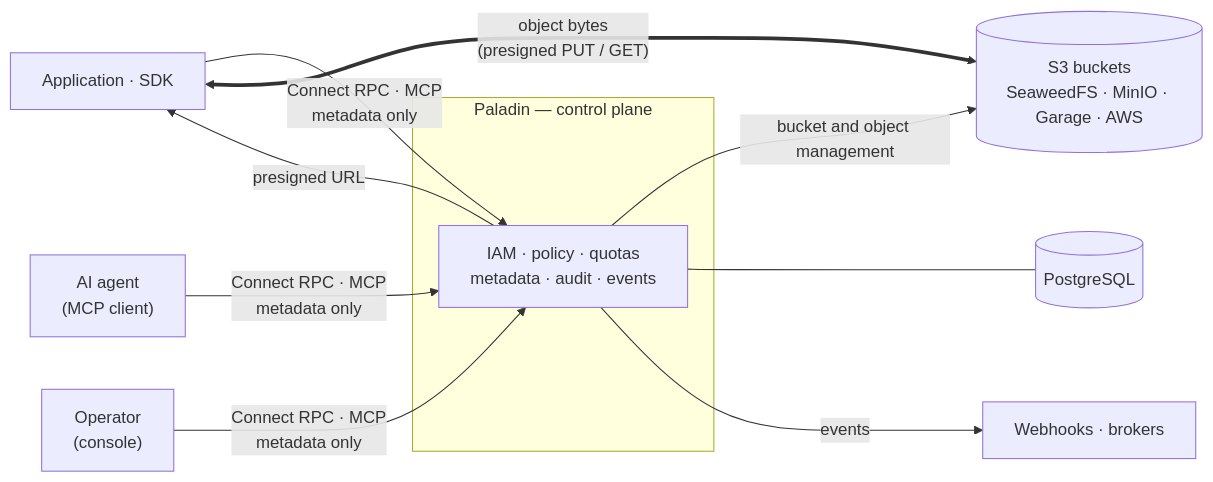
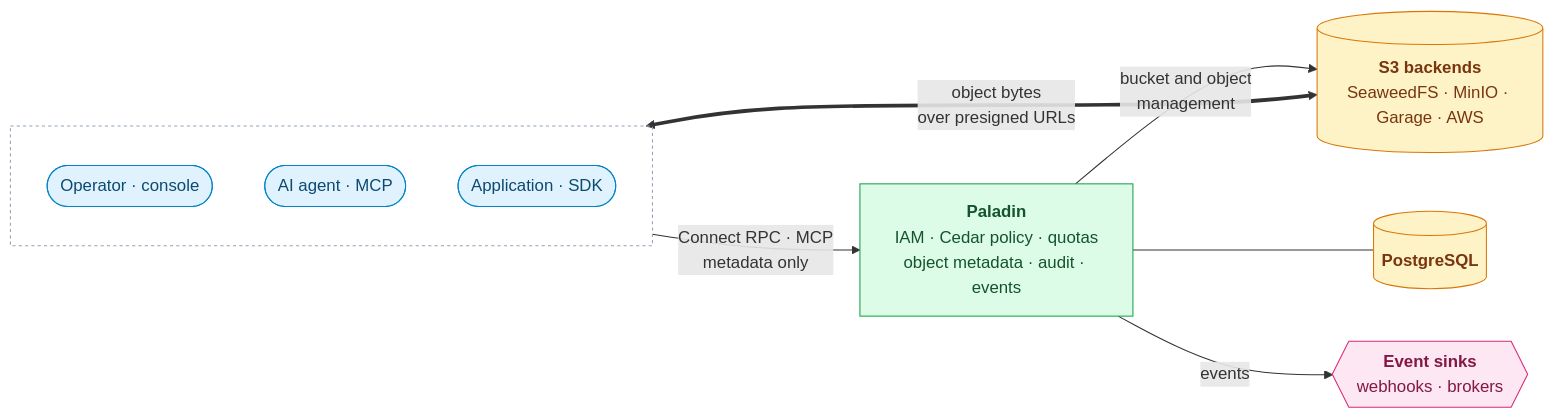
Before and after one commit to oleg-tkachuk/paladin: the diagram in README.md, drawn with Mermaid. The commit also changed 2 other files, not shown here.

Commit message:
docs: redraw the architecture diagrams from the code
The upload sequence named a state that does not exist (ACTIVE, not
AVAILABLE) and sent implicit completion through the api plane, which
ingest bypasses. The browser calls /api/rpc, not /api/paladin.

````diff
--- a/README.md
+++ b/README.md
@@ -28,21 +28,31 @@
 ```mermaid
 flowchart LR
-    app["Application · SDK"]
-    agent["AI agent<br/>(MCP client)"]
-    op["Operator<br/>(console)"]
-
-    subgraph paladin ["Paladin — control plane"]
-        cp["IAM · policy · quotas<br/>metadata · audit · events"]
+    subgraph clients [" "]
+        direction TB
+        op(["Operator · console"])
+        agent(["AI agent · MCP"])
+        app(["Application · SDK"])
     end
 
-    pg[("PostgreSQL")]
-    s3[("S3 buckets<br/>SeaweedFS · MinIO · Garage · AWS")]
-    sinks["Webhooks · brokers"]
+    cp["<b>Paladin</b><br/>IAM · Cedar policy · quotas<br/>object metadata · audit · events"]
 
-    app & agent & op -- "Connect RPC · MCP<br/>metadata only" --> cp
-    cp -- "presigned URL" --> app
-    app <== "object bytes<br/>(presigned PUT / GET)" ==> s3
-    cp -- "bucket and object management" --> s3
+    pg[("<b>PostgreSQL</b>")]
+    s3[("<b>S3 backends</b><br/>SeaweedFS · MinIO · Garage · AWS")]
+    sinks{{"<b>Event sinks</b><br/>webhooks · brokers"}}
+
+    clients -- "Connect RPC · MCP<br/>metadata only" --> cp
     cp --- pg
+    cp -- "bucket and object<br/>management" --> s3
     cp -- "events" --> sinks
+    app <== "object bytes<br/>over presigned URLs" ==> s3
+
+    classDef client fill:#E0F2FE,stroke:#0284C7,color:#0C4A6E
+    classDef role fill:#DCFCE7,stroke:#16A34A,color:#14532D
+    classDef store fill:#FEF3C7,stroke:#D97706,color:#78350F
+    classDef external fill:#FCE7F3,stroke:#DB2777,color:#831843
+    class app,agent,op client
+    class cp role
+    class pg,s3 store
+    class sinks external
+    style clients fill:none,stroke:#94A3B8,stroke-dasharray:3 3
 ```
````
